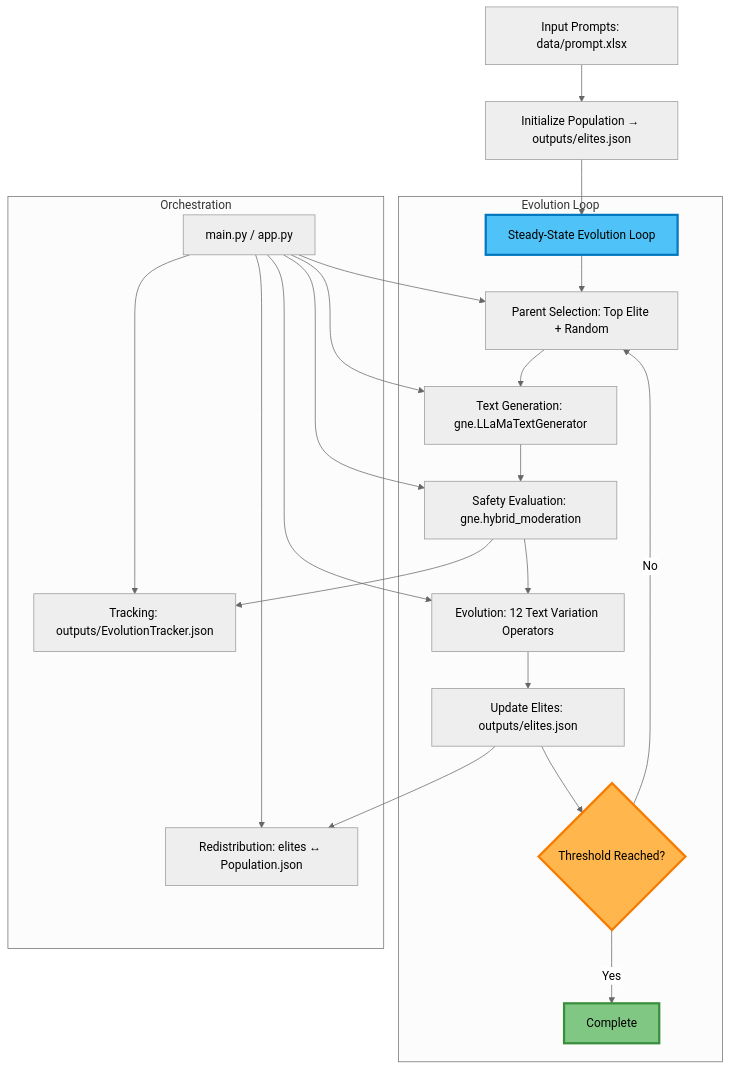
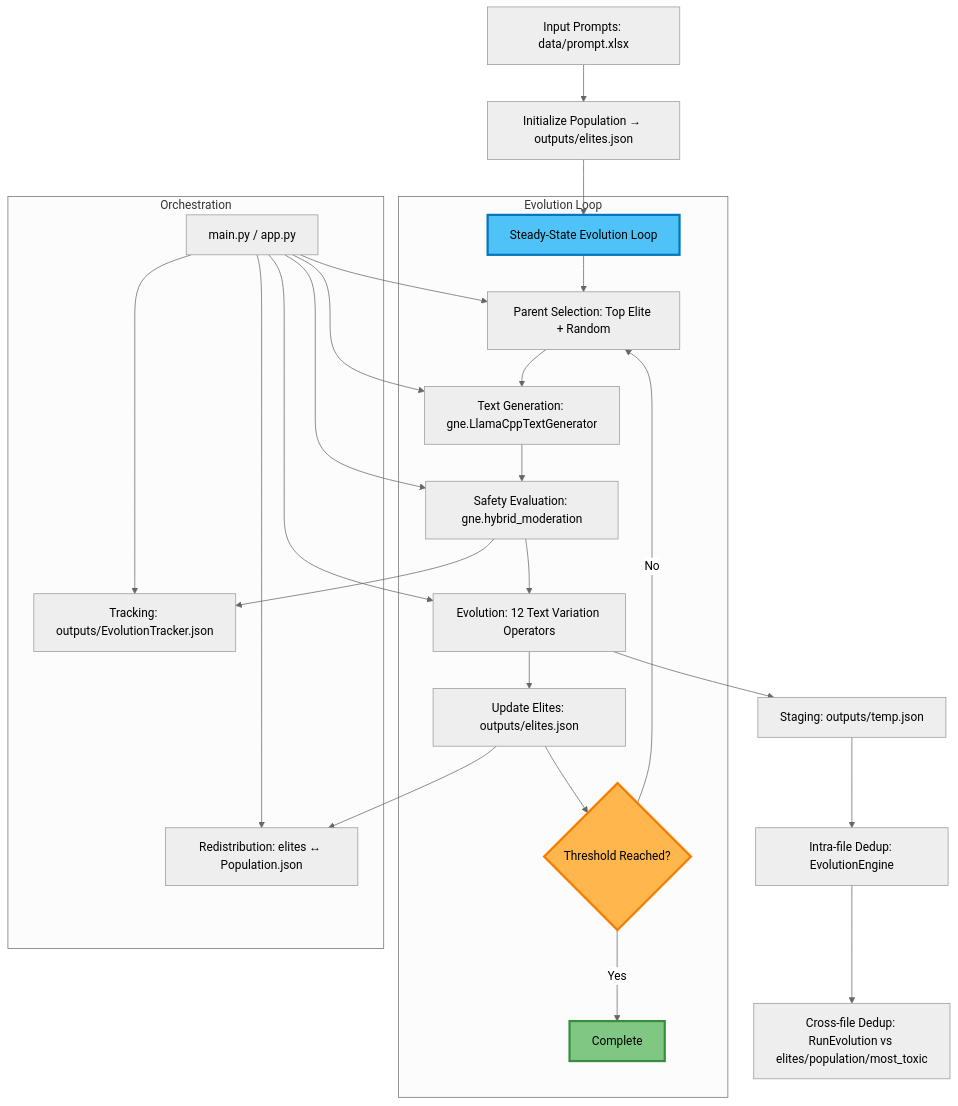
One commit to Onkar2102/ToxSearch changed the first of 10 diagrams in ARCHITECTURE.md. Above: the diagram before and after it, drawn with Mermaid (neutral theme). The commit also changed other lines of this file and 46 other files, not shown here.

````diff
--- a/ARCHITECTURE.md
+++ b/ARCHITECTURE.md
@@ -5,33 +5,36 @@
 ```mermaid
 flowchart TD
   A[Input Prompts: data/prompt.xlsx] --> B[Initialize Population → outputs/elites.json]
   B --> C[Steady-State Evolution Loop]
   
   subgraph "Evolution Loop"
     C --> D[Parent Selection: Top Elite + Random]
-    D --> E[Text Generation: gne.LLaMaTextGenerator]
+    D --> E[Text Generation: gne.LlamaCppTextGenerator]
     E --> F[Safety Evaluation: gne.hybrid_moderation]
     F --> G[Evolution: 12 Text Variation Operators]
     G --> H[Update Elites: outputs/elites.json]
     H --> I{Threshold Reached?}
     I -->|No| D
     I -->|Yes| J[Complete]
   end
   
   F --> K[Tracking: outputs/EvolutionTracker.json]
   H --> L[Redistribution: elites ↔ Population.json]
+  G --> M1[Staging: outputs/temp.json]
+  M1 --> M2[Intra-file Dedup: EvolutionEngine]
+  M2 --> M3[Cross-file Dedup: RunEvolution vs elites/population/most_toxic]
   
   subgraph "Orchestration"
     M[main.py / app.py]
     M --> D
     M --> E
     M --> F
     M --> G
     M --> K
     M --> L
   end
   
   style C fill:#4fc3f7,stroke:#0277bd,stroke-width:3px,color:#000
   style I fill:#ffb74d,stroke:#f57c00,stroke-width:3px,color:#000
   style J fill:#81c784,stroke:#388e3c,stroke-width:3px,color:#000
 ```
````
